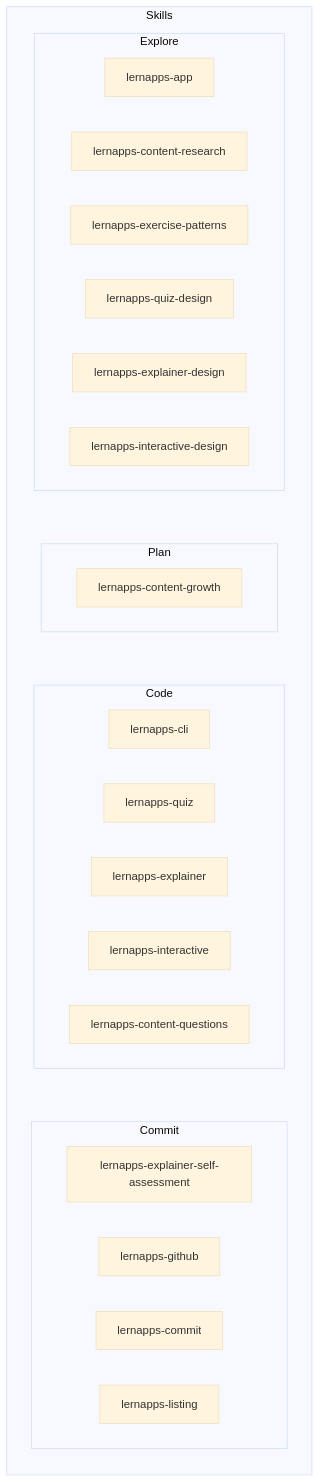
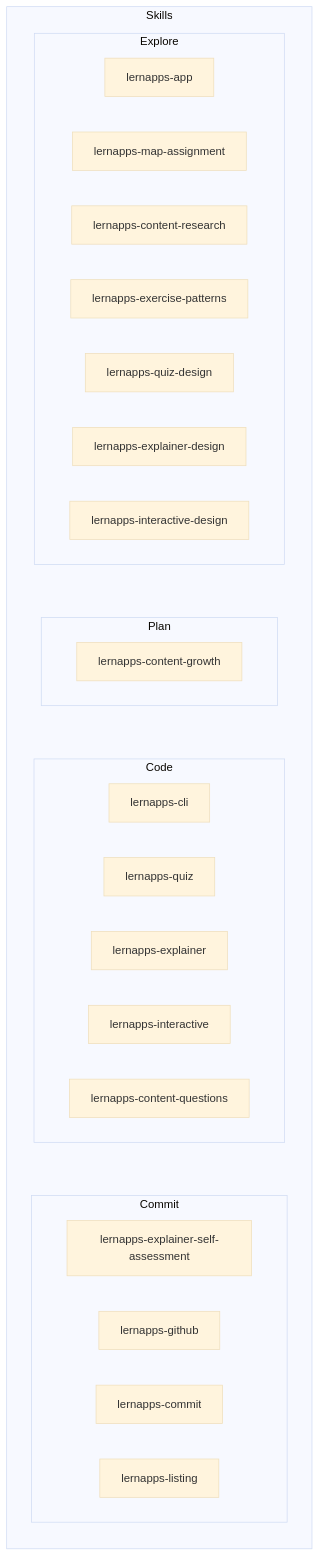
The third of 3 diagrams in docs/arc42/05-building-blocks.arc42.md (lernapps/tooling), drawn with Mermaid (base theme) before and after one commit. The commit also changed other lines of this file and 3 other files, not shown here.

First line of the commit message:
feat(skills): lernapps-map-assignment after the third trial

````diff
--- a/docs/arc42/05-building-blocks.arc42.md
+++ b/docs/arc42/05-building-blocks.arc42.md
@@ -114,30 +114,31 @@
 ```mermaid
 flowchart LR
     subgraph bb-skills["Skills"]
         subgraph bb-skills-explore["Explore"]
             bb-skill-app["lernapps-app"]
+            bb-skill-map-assignment["lernapps-map-assignment"]
             bb-skill-content-research["lernapps-content-research"]
             bb-skill-exercise-patterns["lernapps-exercise-patterns"]
             bb-skill-quiz-design["lernapps-quiz-design"]
             bb-skill-explainer-design["lernapps-explainer-design"]
             bb-skill-interactive-design["lernapps-interactive-design"]
         end
         subgraph bb-skills-plan["Plan"]
             bb-skill-content-growth["lernapps-content-growth"]
         end
         subgraph bb-skills-code["Code"]
             bb-skill-cli["lernapps-cli"]
             bb-skill-quiz["lernapps-quiz"]
             bb-skill-explainer["lernapps-explainer"]
             bb-skill-interactive["lernapps-interactive"]
             bb-skill-content-questions["lernapps-content-questions"]
         end
         subgraph bb-skills-commit["Commit"]
             bb-skill-explainer-self-assessment["lernapps-explainer-self-assessment"]
             bb-skill-github["lernapps-github"]
             bb-skill-commit["lernapps-commit"]
             bb-skill-listing["lernapps-listing"]
         end
         bb-skills-explore ~~~ bb-skills-plan ~~~ bb-skills-code ~~~ bb-skills-commit
     end
 ```
````
